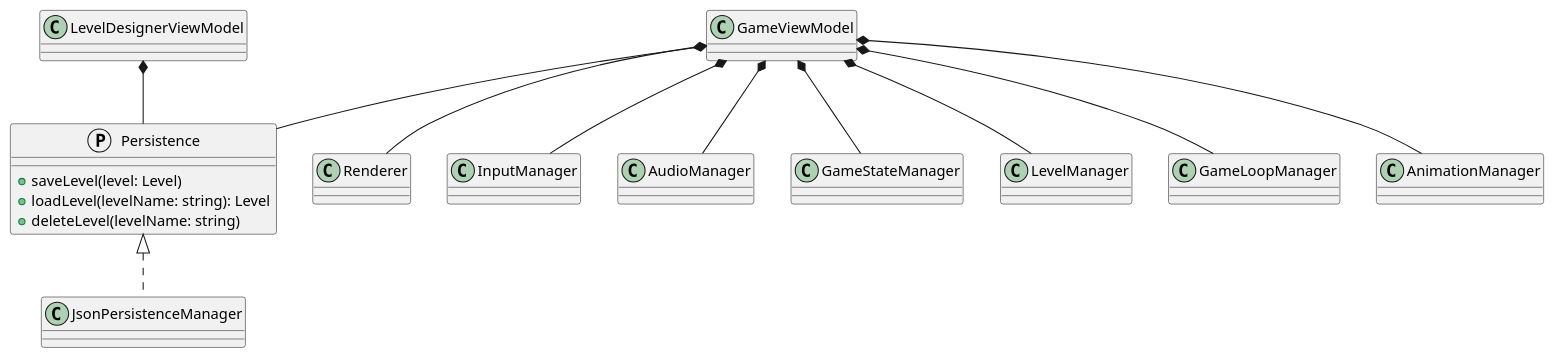
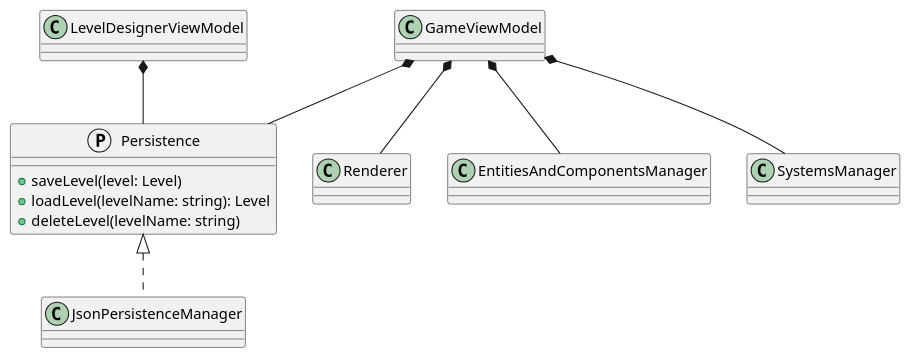
The diagram in plantuml/high-level.puml (JCSnap/cs3217-sample-architecture), drawn with PlantUML before and after one commit.

Commit message:
change high level to ecs

```diff
--- a/plantuml/high-level.puml
+++ b/plantuml/high-level.puml
@@ -1,48 +1,32 @@
 @startuml
 class LevelDesignerViewModel {
 }
 
 class GameViewModel {
 }
 
 class Renderer {
 }
 
 protocol Persistence {
     +saveLevel(level: Level)
     +loadLevel(levelName: string): Level
     +deleteLevel(levelName: string)
 }
 
 class JsonPersistenceManager implements Persistence {
 }
 
-class InputManager {
+class EntitiesAndComponentsManager {
 }
 
-class AudioManager {
-}
-
-class GameStateManager {
-}
-
-class LevelManager {
-}
-
-class GameLoopManager {
-}
-
-class AnimationManager {
+class SystemsManager {
 }
 
 LevelDesignerViewModel *-- Persistence
 GameViewModel *-- Persistence
 GameViewModel *-- Renderer
-GameViewModel *-- InputManager
-GameViewModel *-- AudioManager
-GameViewModel *-- GameStateManager
-GameViewModel *-- LevelManager
-GameViewModel *-- GameLoopManager
-GameViewModel *-- AnimationManager
+GameViewModel *-- EntitiesAndComponentsManager
+GameViewModel *-- SystemsManager
 
 @enduml
```
